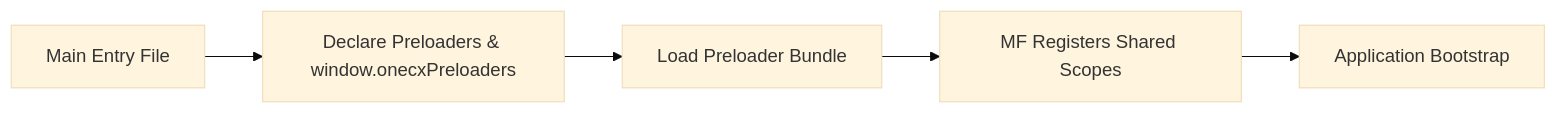
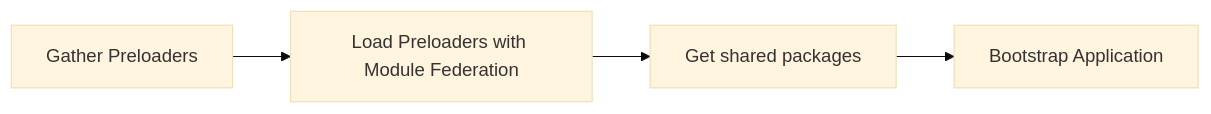
Before and after one commit to onecx/docs-guides-ui: the diagram in docs/modules/docs-guides-ui/pages/module-federation/mf-preloaders.adoc, drawn with Mermaid (base theme). The commit also changed other lines of this file, not shown here.

Commit message:
docs: preloaders

```diff
--- a/docs/modules/docs-guides-ui/pages/module-federation/mf-preloaders.adoc
+++ b/docs/modules/docs-guides-ui/pages/module-federation/mf-preloaders.adoc
@@ -12,8 +7,7 @@
 [mermaid]
 ----
 graph LR
-  appEntry[Main Entry File] --> preloaders[Declare Preloaders & window.onecxPreloaders]
-  preloaders --> preloaderBundle[Load Preloader Bundle]
-  preloaderBundle --> mfInit[MF Registers Shared Scopes]
-  mfInit --> bootstrap[Application Bootstrap]
+  gatherPreloader[Gather Preloaders] --> loadPreloader[Load Preloaders with Module Federation]
+  loadPreloader --> getSharedPackages[Get shared packages]
+  getSharedPackages --> waitForCompletion[Bootstrap Application]
 ----
```
